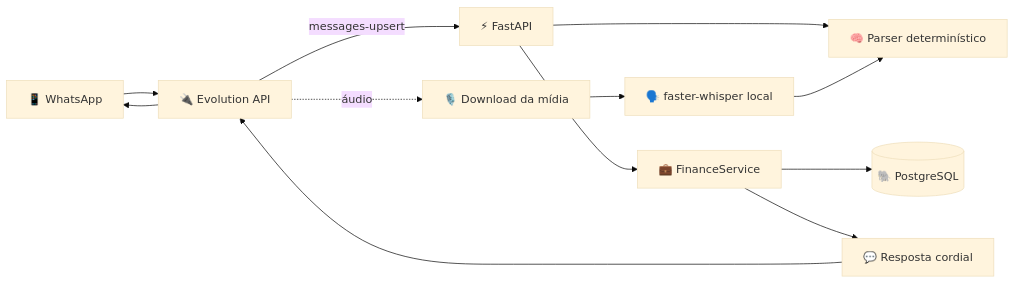
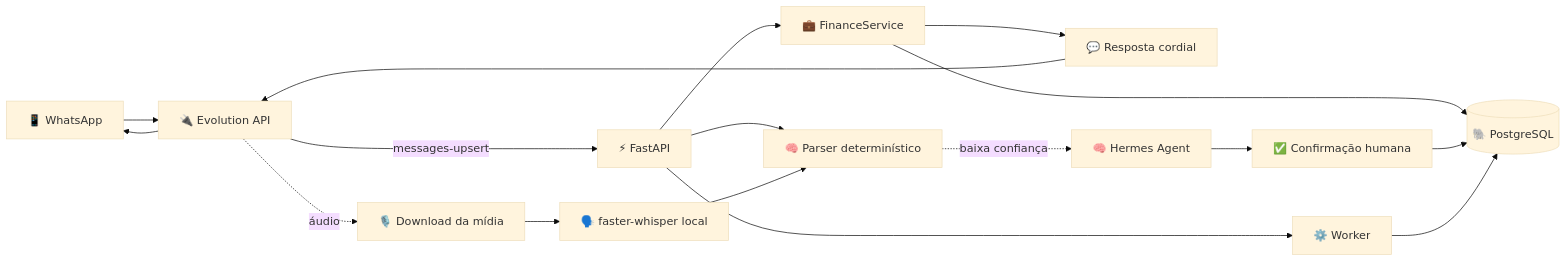
The diagram in README.md (DevFbz/CofrinIA---Agente-Financeiro), drawn with Mermaid (base theme) before and after one commit. The commit also changed other lines of this file and 26 other files, not shown here.

````diff
--- a/README.md
+++ b/README.md
@@ -74,15 +82,20 @@
 ```mermaid
 flowchart LR
     W[📱 WhatsApp] --> E[🔌 Evolution API]
     E -->|messages-upsert| A[⚡ FastAPI]
     A --> P[🧠 Parser determinístico]
     A --> S[💼 FinanceService]
     S --> D[(🐘 PostgreSQL)]
     S --> R[💬 Resposta cordial]
     R --> E
     E --> W
 
     E -. áudio .-> M[🎙️ Download da mídia]
     M --> T[🗣️ faster-whisper local]
     T --> P
+    P -. baixa confiança .-> H[🧠 Hermes Agent]
+    H --> C[✅ Confirmação humana]
+    C --> D
+    A --> WKR[⚙️ Worker]
+    WKR --> D
 ```
````
